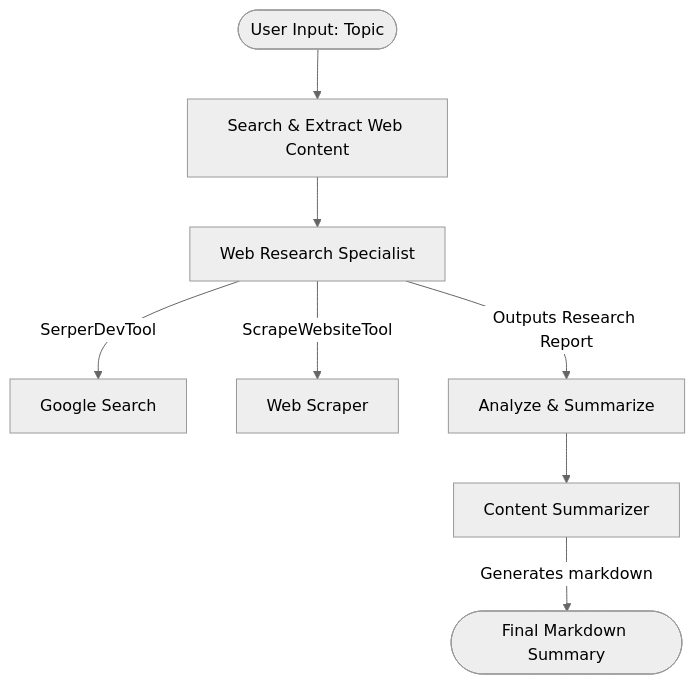
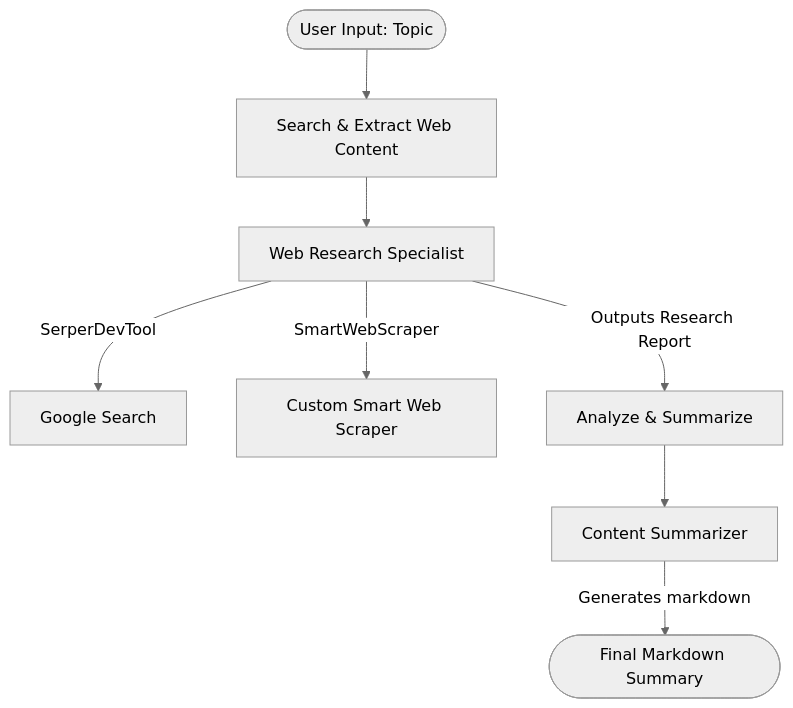
One commit to Prathamesh-Udoshi/crewai-web-summarizer changed the diagram in README.md. Above: the diagram before and after it, drawn with Mermaid (neutral theme). The commit also changed other lines of this file and 4 other files, not shown here.

Commit message:
feat: add custom smart_web_scraper tool and apply token optimizations

````diff
--- a/README.md
+++ b/README.md
@@ -11,10 +11,10 @@
 ```mermaid
 graph TD
     User([User Input: Topic]) --> Task1[Search & Extract Web Content]
     Task1 --> Agent1[Web Research Specialist]
     Agent1 -->|SerperDevTool| Web[Google Search]
-    Agent1 -->|ScrapeWebsiteTool| Scraping[Web Scraper]
+    Agent1 -->|SmartWebScraper| Scraping[Custom Smart Web Scraper]
     Agent1 -->|Outputs Research Report| Task2[Analyze & Summarize]
     Task2 --> Agent2[Content Summarizer]
     Agent2 -->|Generates markdown| Output([Final Markdown Summary])
 ```
````
